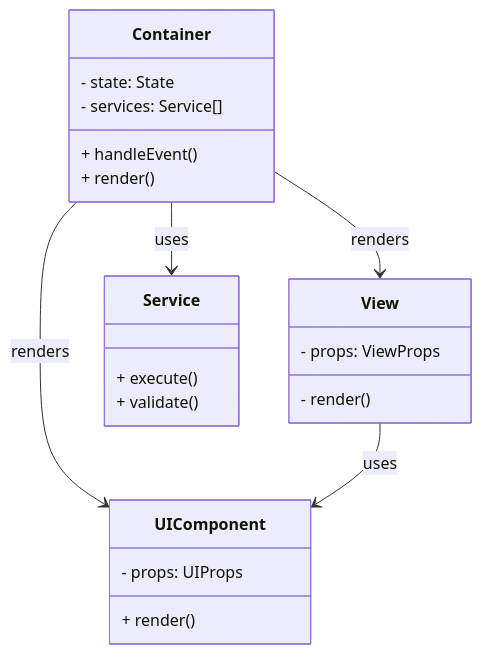
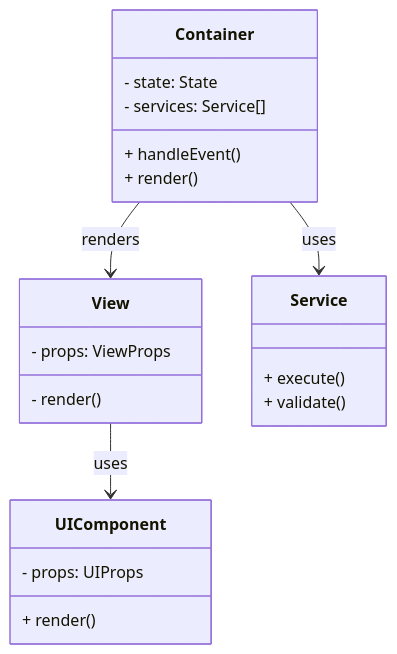
The first of 4 diagrams in README.md (ChristianScheub/Typescript_React_LocalLLM), drawn with Mermaid before and after one commit.

Commit message:
correction of the readme

````diff
--- a/README.md
+++ b/README.md
@@ -56,29 +56,28 @@
 ```mermaid
 classDiagram
     class View {
         - props: ViewProps
         - render()
     }
     
     class Container {
         - state: State
         - services: Service[]
         + handleEvent()
         + render()
     }
     
     class UIComponent {
         - props: UIProps
         + render()
     }
     
     class Service {
         + execute()
         + validate()
     }
     
     Container --> View: renders
-    Container --> UIComponent: renders
     Container --> Service: uses
     View --> UIComponent: uses
 ```
````
